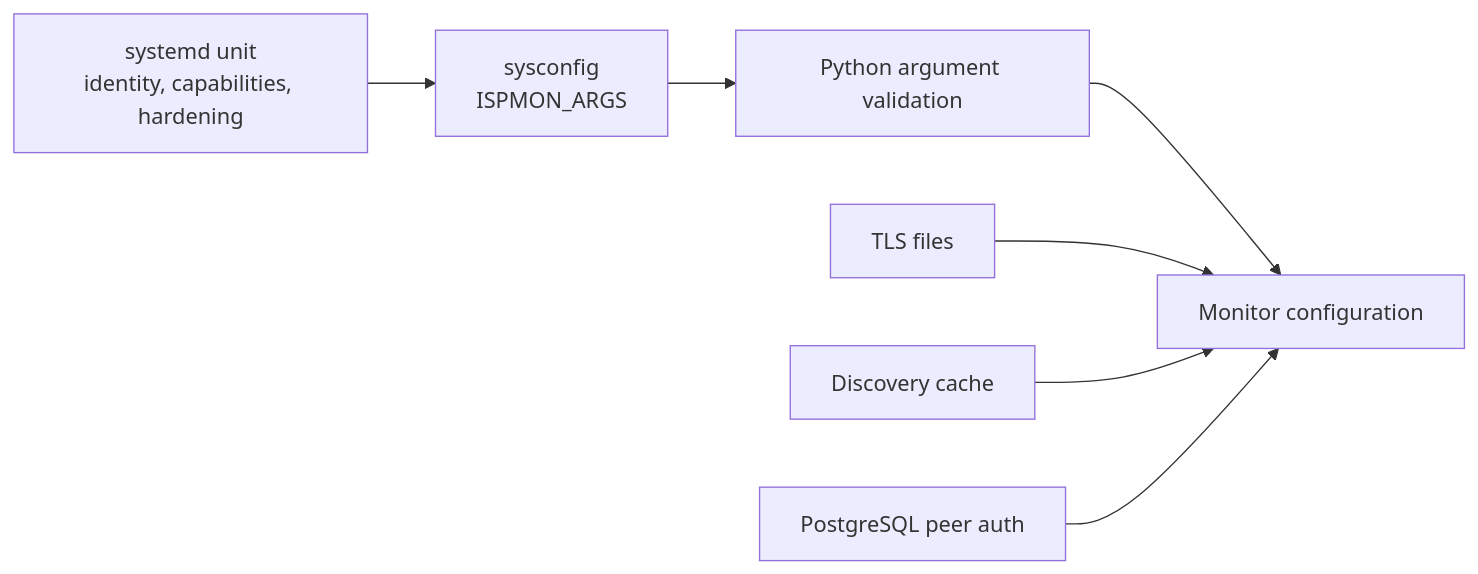
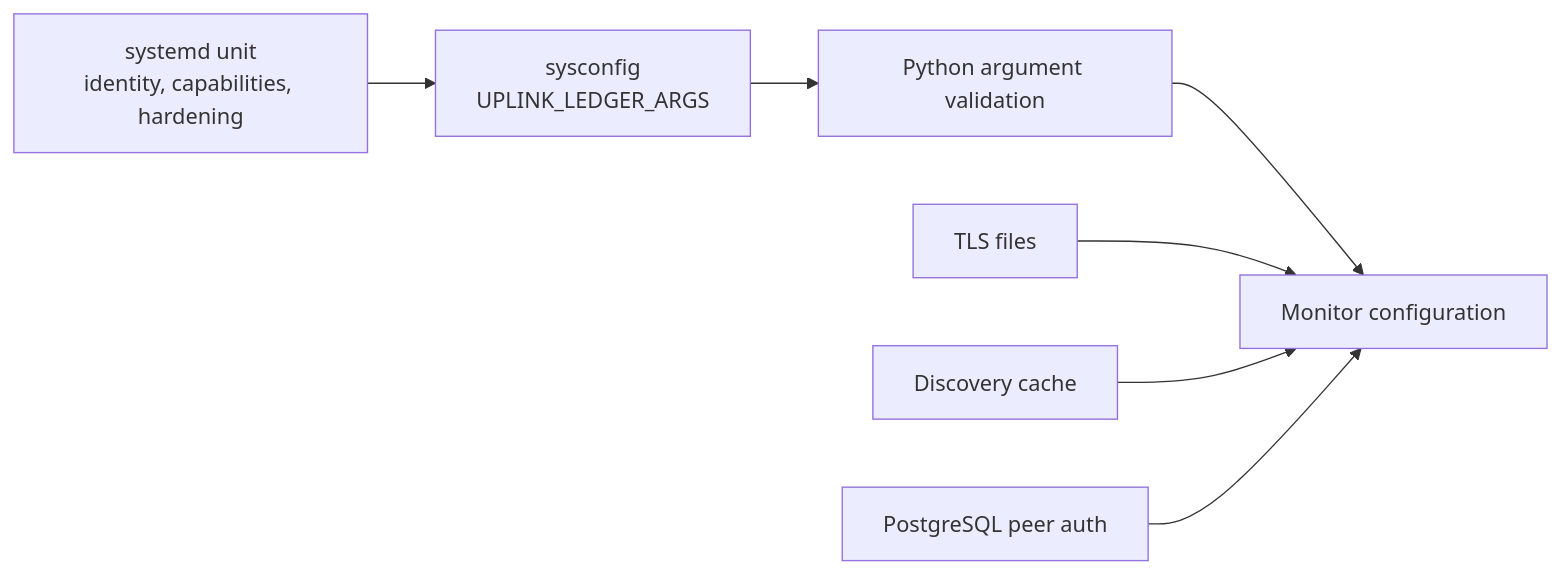
The first of 2 diagrams in docs/configuration.md (jodytripp/uplink-ledger), drawn with Mermaid before and after one commit. The commit also changed other lines of this file and 18 other files, not shown here.

Commit message:
Complete Uplink Ledger rename

````diff
--- a/docs/configuration.md
+++ b/docs/configuration.md
@@ -21,9 +21,9 @@
 ```mermaid
 flowchart LR
-    UNIT["systemd unit<br/>identity, capabilities, hardening"] --> ENV["sysconfig<br/>ISPMON_ARGS"]
+    UNIT["systemd unit<br/>identity, capabilities, hardening"] --> ENV["sysconfig<br/>UPLINK_LEDGER_ARGS"]
     ENV --> CLI["Python argument validation"]
     CLI --> RUN["Monitor configuration"]
     CERT["TLS files"] --> RUN
     CACHE["Discovery cache"] --> RUN
     PG["PostgreSQL peer auth"] --> RUN
 ```
````
